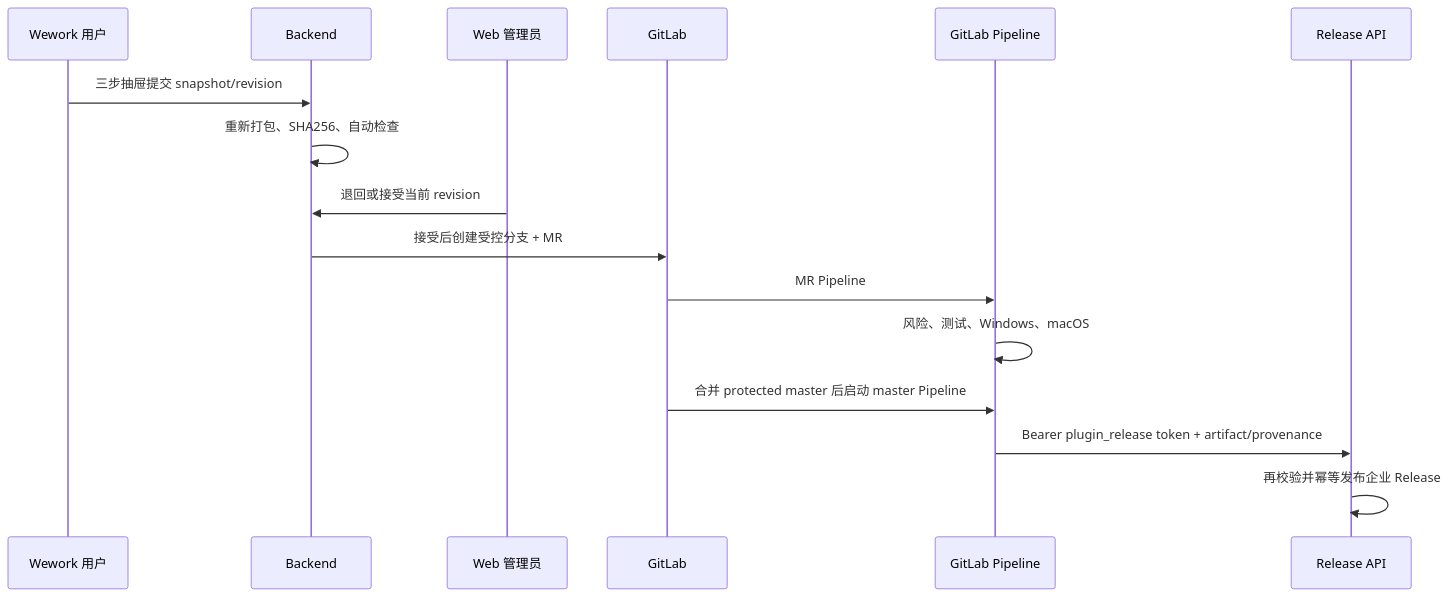
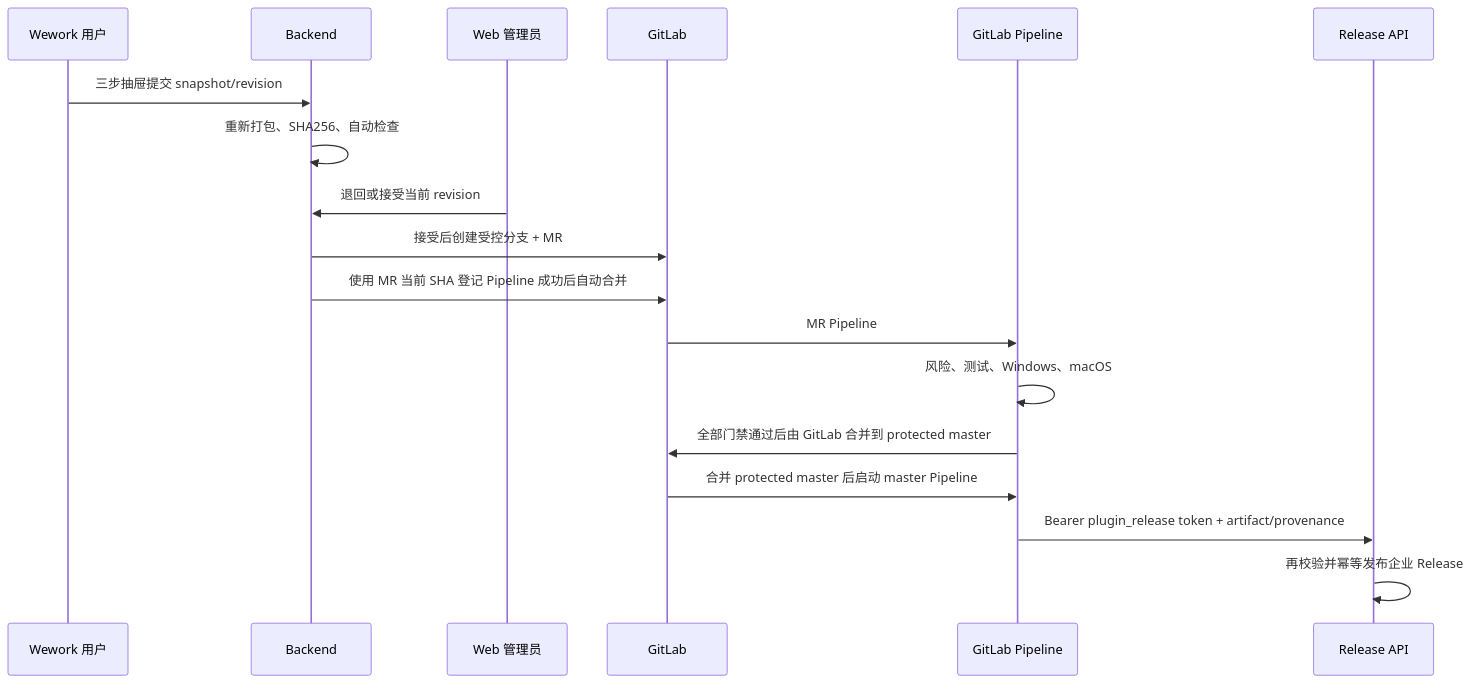
The third of 3 diagrams in docs/zh/wework/developer-guide/plugin-marketplace-v2.md (wecode-ai/Wegent), drawn with Mermaid before and after one commit. The commit also changed other lines of this file and 8 other files, not shown here.

````diff
--- a/docs/zh/wework/developer-guide/plugin-marketplace-v2.md
+++ b/docs/zh/wework/developer-guide/plugin-marketplace-v2.md
@@ -286,18 +286,20 @@
 ```mermaid
 sequenceDiagram
   participant U as Wework 用户
   participant API as Backend
   participant A as Web 管理员
   participant GL as GitLab
   participant CI as GitLab Pipeline
   participant R as Release API
   U->>API: 三步抽屉提交 snapshot/revision
   API->>API: 重新打包、SHA256、自动检查
   A->>API: 退回或接受当前 revision
   API->>GL: 接受后创建受控分支 + MR
+  API->>GL: 使用 MR 当前 SHA 登记 Pipeline 成功后自动合并
   GL->>CI: MR Pipeline
   CI->>CI: 风险、测试、Windows、macOS
+  CI->>GL: 全部门禁通过后由 GitLab 合并到 protected master
   GL->>CI: 合并 protected master 后启动 master Pipeline
   CI->>R: Bearer plugin_release token + artifact/provenance
   R->>R: 再校验并幂等发布企业 Release
 ```
````
